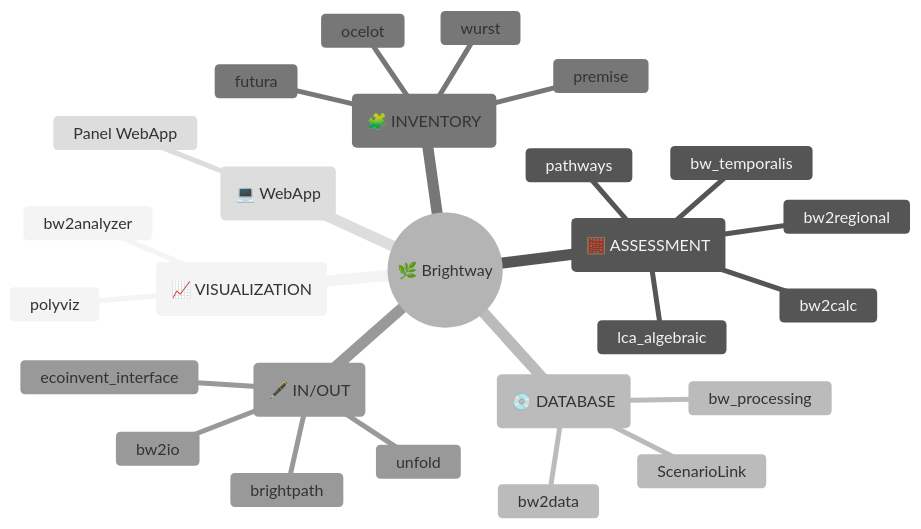
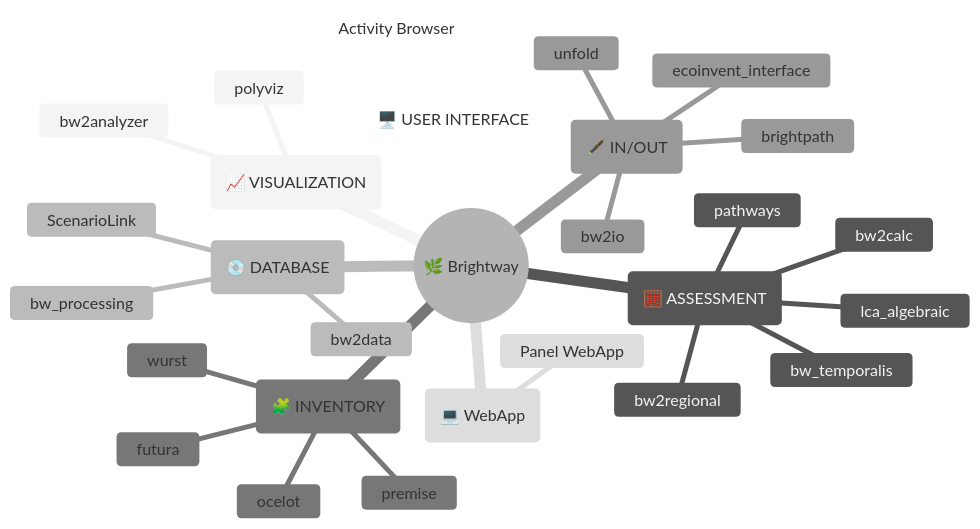
The diagram in source/content/overview/ecosystem.md (brightway-lca/brightway-documentation), drawn with Mermaid (neutral theme) before and after one commit.

Commit message:
Add AB to mermaid graph ecosystem.md

````diff
--- a/source/content/overview/ecosystem.md
+++ b/source/content/overview/ecosystem.md
@@ -5,29 +5,31 @@
 ```{mermaid}
 mindmap
   root((🌿 Brightway))
     id(📈 VISUALIZATION)
         bw2analyzer
         polyviz
     id(🧮 ASSESSMENT)
         bw2calc
         bw_temporalis
         bw2regional
         lca_algebraic
         pathways
     id(💿 DATABASE)
         bw2data
         bw_processing
         ScenarioLink
     id(🧩 INVENTORY)
         ocelot
         wurst
         futura
         premise
     id(🖋️ IN/OUT)
         bw2io
         ecoinvent_interface
         brightpath
         unfold
     id(💻 WebApp)
         Panel WebApp
+    id(🖥️ USER INTERFACE)
+       Activity Browser
 ```
````
